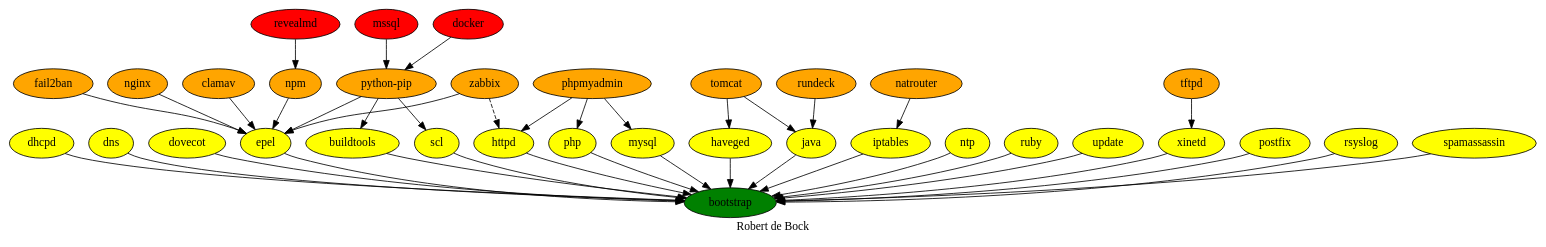
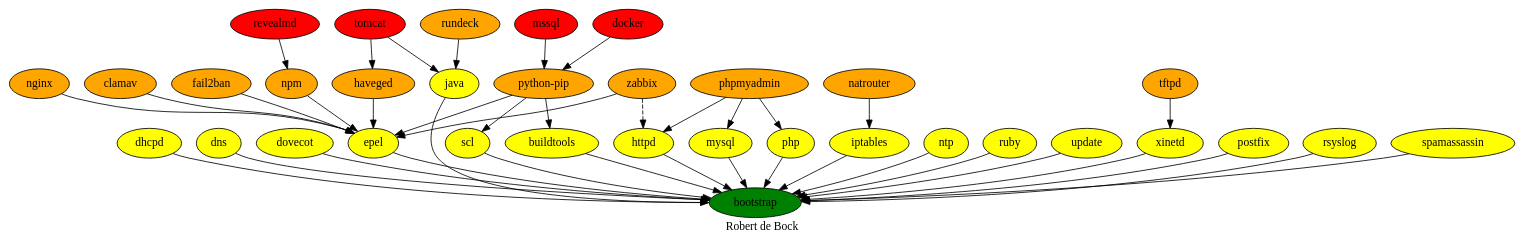
Before and after one commit to robertdebock/robertdebock.github.io: the diagram in dependencies.dot, drawn with Graphviz.

Commit message:
Update dependencies.dot
Fixing haveged

```diff
--- a/dependencies.dot
+++ b/dependencies.dot
@@ -1,51 +1,52 @@
 digraph PhiloDilemma {
   label = "Robert de Bock" ;
   overlap=false
   {
     bootstrap [fillcolor=green style=filled]
     clamav [fillcolor=orange style=filled]
     dhcpd [fillcolor=yellow style=filled]
     dns [fillcolor=yellow style=filled]
     dovecot [fillcolor=yellow style=filled]
     epel [fillcolor=yellow style=filled]
     fail2ban [fillcolor=orange style=filled]
-    haveged [fillcolor=yellow style=filled]
+    haveged [fillcolor=orange style=filled]
     httpd [fillcolor=yellow style=filled]
     iptables [fillcolor=yellow style=filled]
     java [fillcolor=yellow style=filled]
     ntp [fillcolor=yellow style=filled]
     ruby [fillcolor=yellow style=filled]
     scl [fillcolor=yellow style=filled]
     update [fillcolor=yellow style=filled]
     xinetd [fillcolor=yellow style=filled]
     buildtools [fillcolor=yellow style=filled]
     nginx [fillcolor=orange style=filled]
     "python-pip" [fillcolor=orange style=filled]
     postfix [fillcolor=yellow style=filled]
     rsyslog [fillcolor=yellow style=filled]
     spamassassin [fillcolor=yellow style=filled]
     docker [fillcolor=red style=filled]
     mysql [fillcolor=yellow style=filled]
     mssql [fillcolor=red style=filled]
     npm [fillcolor=orange style=filled]
     natrouter [fillcolor=orange style=filled]
     php [fillcolor=yellow style=filled]
     phpmyadmin [fillcolor=orange style=filled]
     revealmd [fillcolor=red style=filled]
     rundeck [fillcolor=orange style=filled]
     tftpd [fillcolor=orange style=filled]
-    tomcat [fillcolor=orange style=filled]
+    tomcat [fillcolor=red style=filled]
     zabbix [fillcolor=orange style=filled]
   }
-  {"buildtools" "dhcpd" "dns" "dovecot" "epel" "haveged" "httpd" "iptables" "java" "mysql" "ntp" "php" "postfix" "rsyslog" "ruby" "scl" "spamassassin" "update" "xinetd"} -> bootstrap
-  {"clamav" "fail2ban" "nginx" "npm" "python-pip" "zabbix"} -> "epel"
+  {"buildtools" "dhcpd" "dns" "dovecot" "epel" "httpd" "iptables" "java" "mysql" "ntp" "php" "postfix" "rsyslog" "ruby" "scl" "spamassassin" "update" "xinetd"} -> bootstrap
+  {"clamav" "fail2ban" "haveged" "nginx" "npm" "python-pip" "zabbix"} -> "epel"
   {"docker" "mssql"} -> "python-pip"
   "revealmd" -> "npm"
   "natrouter" -> "iptables"
   "tftpd" -> "xinetd" 
   "phpmyadmin" -> {"php" "httpd" "mysql"}
   "zabbix" -> "httpd" [style=dashed]
   "python-pip" -> {"buildtools" "scl"}
   {"rundeck" "tomcat"} -> java
-  {"tomcat"} -> haveged
+  "tomcat" -> haveged
+  
 }
```
